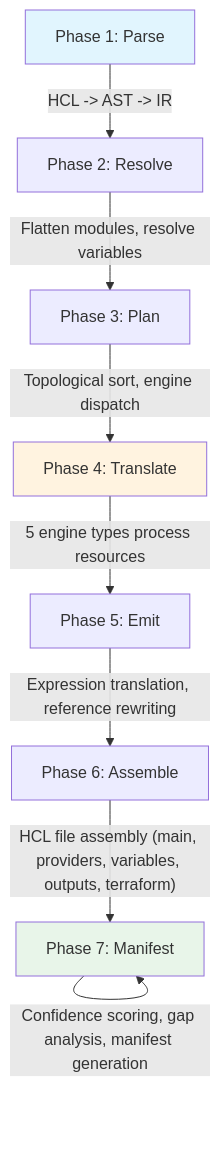
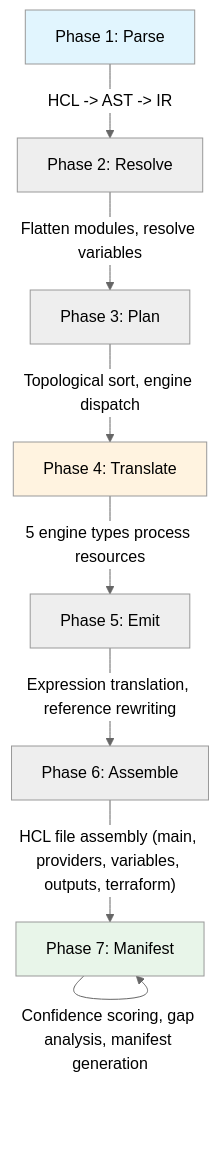
Before and after one commit to ste-bah/tla-translation-platform: the second of 2 diagrams in README.md, drawn with Mermaid. The commit also changed other lines of this file and 1 other file, not shown here.

Commit message:
fix: use neutral Mermaid theme for dark mode readability
Add %%{init: {"theme": "neutral"}}%% to all 16 Mermaid diagram
blocks in README.md and docs/ARCHITECTURE.md. The neutral theme
uses high-contrast colors that render legibly on both GitHub light
and dark themes.

````diff
--- a/README.md
+++ b/README.md
@@ -93,22 +94,23 @@
 ```mermaid
+%%{init: {"theme": "neutral"}}%%
 flowchart TD
     P1["Phase 1: Parse"]
     P2["Phase 2: Resolve"]
     P3["Phase 3: Plan"]
     P4["Phase 4: Translate"]
     P5["Phase 5: Emit"]
     P6["Phase 6: Assemble"]
     P7["Phase 7: Manifest"]
 
     P1 -->|"HCL -> AST -> IR"| P2
     P2 -->|"Flatten modules, resolve variables"| P3
     P3 -->|"Topological sort, engine dispatch"| P4
     P4 -->|"5 engine types process resources"| P5
     P5 -->|"Expression translation, reference rewriting"| P6
     P6 -->|"HCL file assembly (main, providers, variables, outputs, terraform)"| P7
     P7 -->|"Confidence scoring, gap analysis, manifest generation"| P7
 
     style P1 fill:#e1f5fe
     style P4 fill:#fff3e0
     style P7 fill:#e8f5e9
 ```
````
